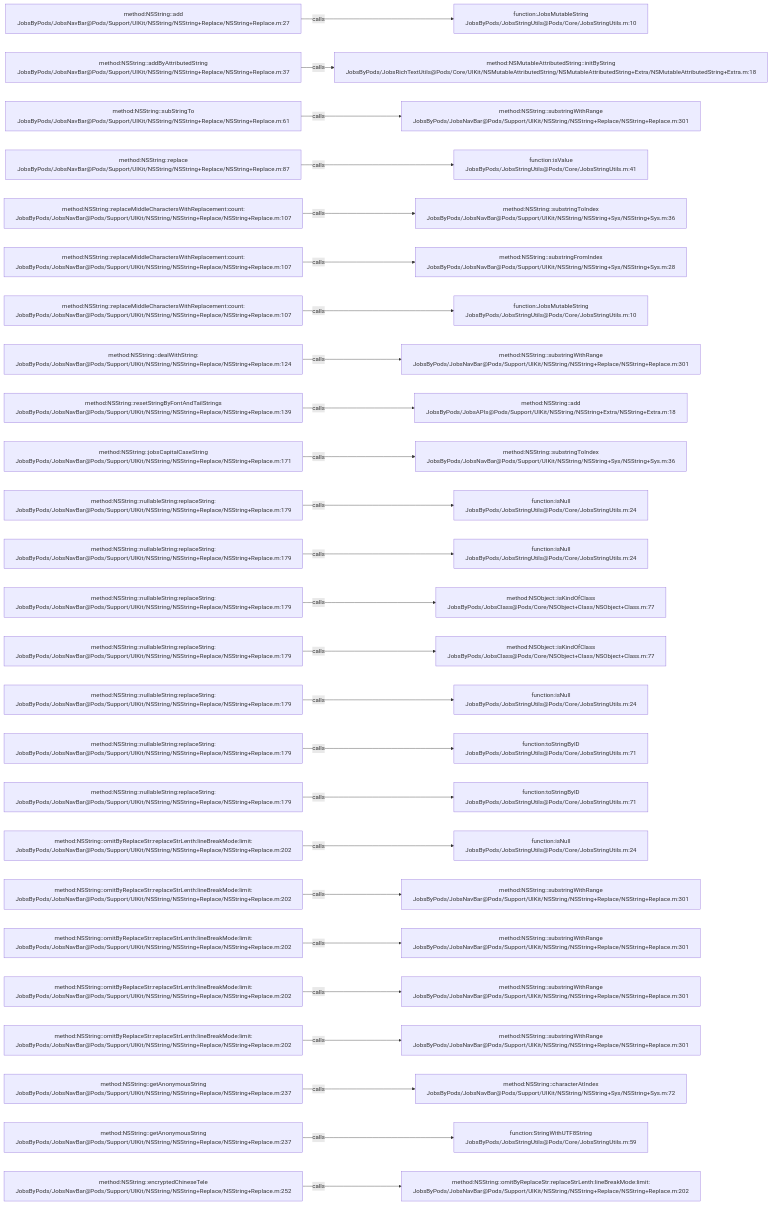
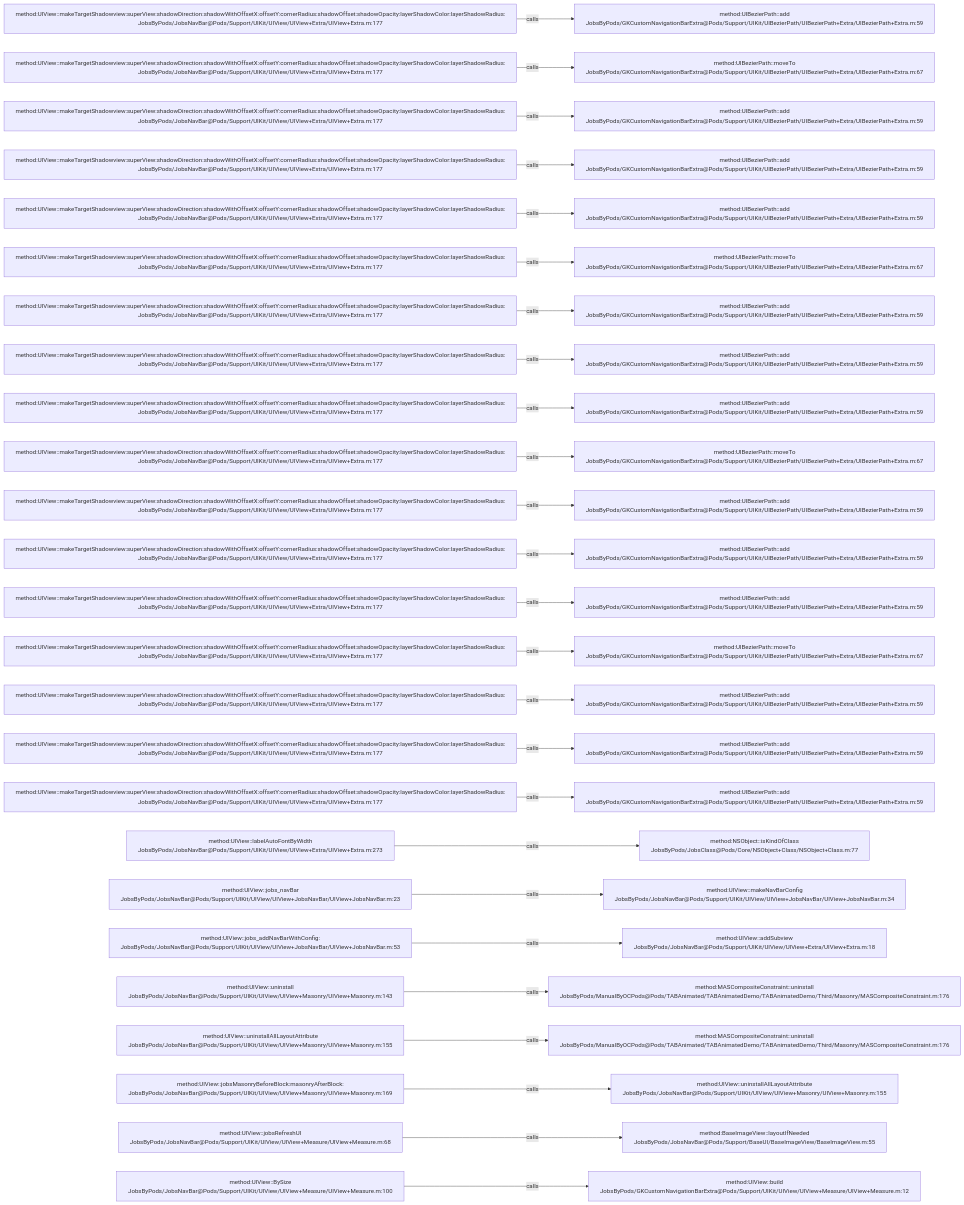
One commit to JobsKits/JobsOCBaseConfigDemo changed the diagram in .codegraph/codegraph.md/graphs/calls-120.md. Above: the diagram before and after it, drawn with Mermaid. The commit also changed 639 other files, not shown here.

````diff
--- a/.codegraph/codegraph.md/graphs/calls-120.md
+++ b/.codegraph/codegraph.md/graphs/calls-120.md
@@ -13,78 +13,78 @@
 ```mermaid
 flowchart LR
-  S1["method:NSString::add<br/>JobsByPods/JobsNavBar@Pods/Support/UIKit/NSString/NSString+Replace/NSString+Replace.m:27"]
-  T1["function:JobsMutableString<br/>JobsByPods/JobsStringUtils@Pods/Core/JobsStringUtils.m:10"]
+  S1["method:UIView::makeTargetShadowview:superView:shadowDirection:shadowWithOffsetX:offsetY:cornerRadius:shadowOffset:shadowOpacity:layerShadowColor:layerShadowRadius:<br/>JobsByPods/JobsNavBar@Pods/Support/UIKit/UIView/UIView+Extra/UIView+Extra.m:177"]
+  T1["method:UIBezierPath::add<br/>JobsByPods/GKCustomNavigationBarExtra@Pods/Support/UIKit/UIBezierPath/UIBezierPath+Extra/UIBezierPath+Extra.m:59"]
   S1 -->|calls| T1
-  S2["method:NSString::addByAttributedString<br/>JobsByPods/JobsNavBar@Pods/Support/UIKit/NSString/NSString+Replace/NSString+Replace.m:37"]
-  T2["method:NSMutableAttributedString::initByString<br/>JobsByPods/JobsRichTextUtils@Pods/Core/UIKit/NSMutableAttributedString/NSMutableAttributedString+Extra/NSMutableAttributedString+Extra.m:18"]
+  S2["method:UIView::makeTargetShadowview:superView:shadowDirection:shadowWithOffsetX:offsetY:cornerRadius:shadowOffset:shadowOpacity:layerShadowColor:layerShadowRadius:<br/>JobsByPods/JobsNavBar@Pods/Support/UIKit/UIView/UIView+Extra/UIView+Extra.m:177"]
+  T2["method:UIBezierPath::moveTo<br/>JobsByPods/GKCustomNavigationBarExtra@Pods/Support/UIKit/UIBezierPath/UIBezierPath+Extra/UIBezierPath+Extra.m:67"]
   S2 -->|calls| T2
-  S3["method:NSString::subStringTo<br/>JobsByPods/JobsNavBar@Pods/Support/UIKit/NSString/NSString+Replace/NSString+Replace.m:61"]
-  T3["method:NSString::substringWithRange<br/>JobsByPods/JobsNavBar@Pods/Support/UIKit/NSString/NSString+Replace/NSString+Replace.m:301"]
+  S3["method:UIView::makeTargetShadowview:superView:shadowDirection:shadowWithOffsetX:offsetY:cornerRadius:shadowOffset:shadowOpacity:layerShadowColor:layerShadowRadius:<br/>JobsByPods/JobsNavBar@Pods/Support/UIKit/UIView/UIView+Extra/UIView+Extra.m:177"]
+  T3["method:UIBezierPath::add<br/>JobsByPods/GKCustomNavigationBarExtra@Pods/Support/UIKit/UIBezierPath/UIBezierPath+Extra/UIBezierPath+Extra.m:59"]
   S3 -->|calls| T3
-  S4["method:NSString::replace<br/>JobsByPods/JobsNavBar@Pods/Support/UIKit/NSString/NSString+Replace/NSString+Replace.m:87"]
-  T4["function:isValue<br/>JobsByPods/JobsStringUtils@Pods/Core/JobsStringUtils.m:41"]
+  S4["method:UIView::makeTargetShadowview:superView:shadowDirection:shadowWithOffsetX:offsetY:cornerRadius:shadowOffset:shadowOpacity:layerShadowColor:layerShadowRadius:<br/>JobsByPods/JobsNavBar@Pods/Support/UIKit/UIView/UIView+Extra/UIView+Extra.m:177"]
+  T4["method:UIBezierPath::add<br/>JobsByPods/GKCustomNavigationBarExtra@Pods/Support/UIKit/UIBezierPath/UIBezierPath+Extra/UIBezierPath+Extra.m:59"]
   S4 -->|calls| T4
-  S5["method:NSString::replaceMiddleCharactersWithReplacement:count:<br/>JobsByPods/JobsNavBar@Pods/Support/UIKit/NSString/NSString+Replace/NSString+Replace.m:107"]
-  T5["method:NSString::substringToIndex<br/>JobsByPods/JobsNavBar@Pods/Support/UIKit/NSString/NSString+Sys/NSString+Sys.m:36"]
+  S5["method:UIView::makeTargetShadowview:superView:shadowDirection:shadowWithOffsetX:offsetY:cornerRadius:shadowOffset:shadowOpacity:layerShadowColor:layerShadowRadius:<br/>JobsByPods/JobsNavBar@Pods/Support/UIKit/UIView/UIView+Extra/UIView+Extra.m:177"]
+  T5["method:UIBezierPath::add<br/>JobsByPods/GKCustomNavigationBarExtra@Pods/Support/UIKit/UIBezierPath/UIBezierPath+Extra/UIBezierPath+Extra.m:59"]
   S5 -->|calls| T5
-  S6["method:NSString::replaceMiddleCharactersWithReplacement:count:<br/>JobsByPods/JobsNavBar@Pods/Support/UIKit/NSString/NSString+Replace/NSString+Replace.m:107"]
-  T6["method:NSString::substringFromIndex<br/>JobsByPods/JobsNavBar@Pods/Support/UIKit/NSString/NSString+Sys/NSString+Sys.m:28"]
+  S6["method:UIView::makeTargetShadowview:superView:shadowDirection:shadowWithOffsetX:offsetY:cornerRadius:shadowOffset:shadowOpacity:layerShadowColor:layerShadowRadius:<br/>JobsByPods/JobsNavBar@Pods/Support/UIKit/UIView/UIView+Extra/UIView+Extra.m:177"]
+  T6["method:UIBezierPath::moveTo<br/>JobsByPods/GKCustomNavigationBarExtra@Pods/Support/UIKit/UIBezierPath/UIBezierPath+Extra/UIBezierPath+Extra.m:67"]
   S6 -->|calls| T6
-  S7["method:NSString::replaceMiddleCharactersWithReplacement:count:<br/>JobsByPods/JobsNavBar@Pods/Support/UIKit/NSString/NSString+Replace/NSString+Replace.m:107"]
-  T7["function:JobsMutableString<br/>JobsByPods/JobsStringUtils@Pods/Core/JobsStringUtils.m:10"]
+  S7["method:UIView::makeTargetShadowview:superView:shadowDirection:shadowWithOffsetX:offsetY:cornerRadius:shadowOffset:shadowOpacity:layerShadowColor:layerShadowRadius:<br/>JobsByPods/JobsNavBar@Pods/Support/UIKit/UIView/UIView+Extra/UIView+Extra.m:177"]
+  T7["method:UIBezierPath::add<br/>JobsByPods/GKCustomNavigationBarExtra@Pods/Support/UIKit/UIBezierPath/UIBezierPath+Extra/UIBezierPath+Extra.m:59"]
   S7 -->|calls| T7
-  S8["method:NSString::dealWithString:<br/>JobsByPods/JobsNavBar@Pods/Support/UIKit/NSString/NSString+Replace/NSString+Replace.m:124"]
-  T8["method:NSString::substringWithRange<br/>JobsByPods/JobsNavBar@Pods/Support/UIKit/NSString/NSString+Replace/NSString+Replace.m:301"]
+  S8["method:UIView::makeTargetShadowview:superView:shadowDirection:shadowWithOffsetX:offsetY:cornerRadius:shadowOffset:shadowOpacity:layerShadowColor:layerShadowRadius:<br/>JobsByPods/JobsNavBar@Pods/Support/UIKit/UIView/UIView+Extra/UIView+Extra.m:177"]
+  T8["method:UIBezierPath::add<br/>JobsByPods/GKCustomNavigationBarExtra@Pods/Support/UIKit/UIBezierPath/UIBezierPath+Extra/UIBezierPath+Extra.m:59"]
   S8 -->|calls| T8
-  S9["method:NSString::resetStringByFontAndTailStrings<br/>JobsByPods/JobsNavBar@Pods/Support/UIKit/NSString/NSString+Replace/NSString+Replace.m:139"]
-  T9["method:NSString::add<br/>JobsByPods/JobsAPIs@Pods/Support/UIKit/NSString/NSString+Extra/NSString+Extra.m:18"]
+  S9["method:UIView::makeTargetShadowview:superView:shadowDirection:shadowWithOffsetX:offsetY:cornerRadius:shadowOffset:shadowOpacity:layerShadowColor:layerShadowRadius:<br/>JobsByPods/JobsNavBar@Pods/Support/UIKit/UIView/UIView+Extra/UIView+Extra.m:177"]
+  T9["method:UIBezierPath::add<br/>JobsByPods/GKCustomNavigationBarExtra@Pods/Support/UIKit/UIBezierPath/UIBezierPath+Extra/UIBezierPath+Extra.m:59"]
   S9 -->|calls| T9
-  S10["method:NSString::jobsCapitalCaseString<br/>JobsByPods/JobsNavBar@Pods/Support/UIKit/NSString/NSString+Replace/NSString+Replace.m:171"]
-  T10["method:NSString::substringToIndex<br/>JobsByPods/JobsNavBar@Pods/Support/UIKit/NSString/NSString+Sys/NSString+Sys.m:36"]
+  S10["method:UIView::makeTargetShadowview:superView:shadowDirection:shadowWithOffsetX:offsetY:cornerRadius:shadowOffset:shadowOpacity:layerShadowColor:layerShadowRadius:<br/>JobsByPods/JobsNavBar@Pods/Support/UIKit/UIView/UIView+Extra/UIView+Extra.m:177"]
+  T10["method:UIBezierPath::moveTo<br/>JobsByPods/GKCustomNavigationBarExtra@Pods/Support/UIKit/UIBezierPath/UIBezierPath+Extra/UIBezierPath+Extra.m:67"]
   S10 -->|calls| T10
-  S11["method:NSString::nullableString:replaceString:<br/>JobsByPods/JobsNavBar@Pods/Support/UIKit/NSString/NSString+Replace/NSString+Replace.m:179"]
-  T11["function:isNull<br/>JobsByPods/JobsStringUtils@Pods/Core/JobsStringUtils.m:24"]
+  S11["method:UIView::makeTargetShadowview:superView:shadowDirection:shadowWithOffsetX:offsetY:cornerRadius:shadowOffset:shadowOpacity:layerShadowColor:layerShadowRadius:<br/>JobsByPods/JobsNavBar@Pods/Support/UIKit/UIView/UIView+Extra/UIView+Extra.m:177"]
+  T11["method:UIBezierPath::add<br/>JobsByPods/GKCustomNavigationBarExtra@Pods/Support/UIKit/UIBezierPath/UIBezierPath+Extra/UIBezierPath+Extra.m:59"]
   S11 -->|calls| T11
-  S12["method:NSString::nullableString:replaceString:<br/>JobsByPods/JobsNavBar@Pods/Support/UIKit/NSString/NSString+Replace/NSString+Replace.m:179"]
-  T12["function:isNull<br/>JobsByPods/JobsStringUtils@Pods/Core/JobsStringUtils.m:24"]
+  S12["method:UIView::makeTargetShadowview:superView:shadowDirection:shadowWithOffsetX:offsetY:cornerRadius:shadowOffset:shadowOpacity:layerShadowColor:layerShadowRadius:<br/>JobsByPods/JobsNavBar@Pods/Support/UIKit/UIView/UIView+Extra/UIView+Extra.m:177"]
+  T12["method:UIBezierPath::add<br/>JobsByPods/GKCustomNavigationBarExtra@Pods/Support/UIKit/UIBezierPath/UIBezierPath+Extra/UIBezierPath+Extra.m:59"]
   S12 -->|calls| T12
-  S13["method:NSString::nullableString:replaceString:<br/>JobsByPods/JobsNavBar@Pods/Support/UIKit/NSString/NSString+Replace/NSString+Replace.m:179"]
-  T13["method:NSObject::isKindOfClass<br/>JobsByPods/JobsClass@Pods/Core/NSObject+Class/NSObject+Class.m:77"]
+  S13["method:UIView::makeTargetShadowview:superView:shadowDirection:shadowWithOffsetX:offsetY:cornerRadius:shadowOffset:shadowOpacity:layerShadowColor:layerShadowRadius:<br/>JobsByPods/JobsNavBar@Pods/Support/UIKit/UIView/UIView+Extra/UIView+Extra.m:177"]
+  T13["method:UIBezierPath::add<br/>JobsByPods/GKCustomNavigationBarExtra@Pods/Support/UIKit/UIBezierPath/UIBezierPath+Extra/UIBezierPath+Extra.m:59"]
   S13 -->|calls| T13
-  S14["method:NSString::nullableString:replaceString:<br/>JobsByPods/JobsNavBar@Pods/Support/UIKit/NSString/NSString+Replace/NSString+Replace.m:179"]
-  T14["method:NSObject::isKindOfClass<br/>JobsByPods/JobsClass@Pods/Core/NSObject+Class/NSObject+Class.m:77"]
+  S14["method:UIView::makeTargetShadowview:superView:shadowDirection:shadowWithOffsetX:offsetY:cornerRadius:shadowOffset:shadowOpacity:layerShadowColor:layerShadowRadius:<br/>JobsByPods/JobsNavBar@Pods/Support/UIKit/UIView/UIView+Extra/UIView+Extra.m:177"]
+  T14["method:UIBezierPath::moveTo<br/>JobsByPods/GKCustomNavigationBarExtra@Pods/Support/UIKit/UIBezierPath/UIBezierPath+Extra/UIBezierPath+Extra.m:67"]
   S14 -->|calls| T14
-  S15["method:NSString::nullableString:replaceString:<br/>JobsByPods/JobsNavBar@Pods/Support/UIKit/NSString/NSString+Replace/NSString+Replace.m:179"]
-  T15["function:isNull<br/>JobsByPods/JobsStringUtils@Pods/Core/JobsStringUtils.m:24"]
+  S15["method:UIView::makeTargetShadowview:superView:shadowDirection:shadowWithOffsetX:offsetY:cornerRadius:shadowOffset:shadowOpacity:layerShadowColor:layerShadowRadius:<br/>JobsByPods/JobsNavBar@Pods/Support/UIKit/UIView/UIView+Extra/UIView+Extra.m:177"]
+  T15["method:UIBezierPath::add<br/>JobsByPods/GKCustomNavigationBarExtra@Pods/Support/UIKit/UIBezierPath/UIBezierPath+Extra/UIBezierPath+Extra.m:59"]
   S15 -->|calls| T15
-  S16["method:NSString::nullableString:replaceString:<br/>JobsByPods/JobsNavBar@Pods/Support/UIKit/NSString/NSString+Replace/NSString+Replace.m:179"]
-  T16["function:toStringByID<br/>JobsByPods/JobsStringUtils@Pods/Core/JobsStringUtils.m:71"]
+  S16["method:UIView::makeTargetShadowview:superView:shadowDirection:shadowWithOffsetX:offsetY:cornerRadius:shadowOffset:shadowOpacity:layerShadowColor:layerShadowRadius:<br/>JobsByPods/JobsNavBar@Pods/Support/UIKit/UIView/UIView+Extra/UIView+Extra.m:177"]
+  T16["method:UIBezierPath::add<br/>JobsByPods/GKCustomNavigationBarExtra@Pods/Support/UIKit/UIBezierPath/UIBezierPath+Extra/UIBezierPath+Extra.m:59"]
   S16 -->|calls| T16
-  S17["method:NSString::nullableString:replaceString:<br/>JobsByPods/JobsNavBar@Pods/Support/UIKit/NSString/NSString+Replace/NSString+Replace.m:179"]
-  T17["function:toStringByID<br/>JobsByPods/JobsStringUtils@Pods/Core/JobsStringUtils.m:71"]
+  S17["method:UIView::makeTargetShadowview:superView:shadowDirection:shadowWithOffsetX:offsetY:cornerRadius:shadowOffset:shadowOpacity:layerShadowColor:layerShadowRadius:<br/>JobsByPods/JobsNavBar@Pods/Support/UIKit/UIView/UIView+Extra/UIView+Extra.m:177"]
+  T17["method:UIBezierPath::add<br/>JobsByPods/GKCustomNavigationBarExtra@Pods/Support/UIKit/UIBezierPath/UIBezierPath+Extra/UIBezierPath+Extra.m:59"]
   S17 -->|calls| T17
-  S18["method:NSString::omitByReplaceStr:replaceStrLenth:lineBreakMode:limit:<br/>JobsByPods/JobsNavBar@Pods/Support/UIKit/NSString/NSString+Replace/NSString+Replace.m:202"]
-  T18["function:isNull<br/>JobsByPods/JobsStringUtils@Pods/Core/JobsStringUtils.m:24"]
+  S18["method:UIView::labelAutoFontByWidth<br/>JobsByPods/JobsNavBar@Pods/Support/UIKit/UIView/UIView+Extra/UIView+Extra.m:273"]
+  T18["method:NSObject::isKindOfClass<br/>JobsByPods/JobsClass@Pods/Core/NSObject+Class/NSObject+Class.m:77"]
   S18 -->|calls| T18
-  S19["method:NSString::omitByReplaceStr:replaceStrLenth:lineBreakMode:limit:<br/>JobsByPods/JobsNavBar@Pods/Support/UIKit/NSString/NSString+Replace/NSString+Replace.m:202"]
-  T19["method:NSString::substringWithRange<br/>JobsByPods/JobsNavBar@Pods/Support/UIKit/NSString/NSString+Replace/NSString+Replace.m:301"]
+  S19["method:UIView::jobs_navBar<br/>JobsByPods/JobsNavBar@Pods/Support/UIKit/UIView/UIView+JobsNavBar/UIView+JobsNavBar.m:23"]
+  T19["method:UIView::makeNavBarConfig<br/>JobsByPods/JobsNavBar@Pods/Support/UIKit/UIView/UIView+JobsNavBar/UIView+JobsNavBar.m:34"]
   S19 -->|calls| T19
-  S20["method:NSString::omitByReplaceStr:replaceStrLenth:lineBreakMode:limit:<br/>JobsByPods/JobsNavBar@Pods/Support/UIKit/NSString/NSString+Replace/NSString+Replace.m:202"]
-  T20["method:NSString::substringWithRange<br/>JobsByPods/JobsNavBar@Pods/Support/UIKit/NSString/NSString+Replace/NSString+Replace.m:301"]
+  S20["method:UIView::jobs_addNavBarWithConfig:<br/>JobsByPods/JobsNavBar@Pods/Support/UIKit/UIView/UIView+JobsNavBar/UIView+JobsNavBar.m:53"]
+  T20["method:UIView::addSubview<br/>JobsByPods/JobsNavBar@Pods/Support/UIKit/UIView/UIView+Extra/UIView+Extra.m:18"]
   S20 -->|calls| T20
-  S21["method:NSString::omitByReplaceStr:replaceStrLenth:lineBreakMode:limit:<br/>JobsByPods/JobsNavBar@Pods/Support/UIKit/NSString/NSString+Replace/NSString+Replace.m:202"]
-  T21["method:NSString::substringWithRange<br/>JobsByPods/JobsNavBar@Pods/Support/UIKit/NSString/NSString+Replace/NSString+Replace.m:301"]
+  S21["method:UIView::uninstall<br/>JobsByPods/JobsNavBar@Pods/Support/UIKit/UIView/UIView+Masonry/UIView+Masonry.m:143"]
+  T21["method:MASCompositeConstraint::uninstall<br/>JobsByPods/ManualByOCPods@Pods/TABAnimated/TABAnimatedDemo/TABAnimatedDemo/Third/Masonry/MASCompositeConstraint.m:176"]
   S21 -->|calls| T21
-  S22["method:NSString::omitByReplaceStr:replaceStrLenth:lineBreakMode:limit:<br/>JobsByPods/JobsNavBar@Pods/Support/UIKit/NSString/NSString+Replace/NSString+Replace.m:202"]
-  T22["method:NSString::substringWithRange<br/>JobsByPods/JobsNavBar@Pods/Support/UIKit/NSString/NSString+Replace/NSString+Replace.m:301"]
+  S22["method:UIView::uninstallAllLayoutAttribute<br/>JobsByPods/JobsNavBar@Pods/Support/UIKit/UIView/UIView+Masonry/UIView+Masonry.m:155"]
+  T22["method:MASCompositeConstraint::uninstall<br/>JobsByPods/ManualByOCPods@Pods/TABAnimated/TABAnimatedDemo/TABAnimatedDemo/Third/Masonry/MASCompositeConstraint.m:176"]
   S22 -->|calls| T22
-  S23["method:NSString::getAnonymousString<br/>JobsByPods/JobsNavBar@Pods/Support/UIKit/NSString/NSString+Replace/NSString+Replace.m:237"]
-  T23["method:NSString::characterAtIndex<br/>JobsByPods/JobsNavBar@Pods/Support/UIKit/NSString/NSString+Sys/NSString+Sys.m:72"]
+  S23["method:UIView::jobsMasonryBeforeBlock:masonryAfterBlock:<br/>JobsByPods/JobsNavBar@Pods/Support/UIKit/UIView/UIView+Masonry/UIView+Masonry.m:169"]
+  T23["method:UIView::uninstallAllLayoutAttribute<br/>JobsByPods/JobsNavBar@Pods/Support/UIKit/UIView/UIView+Masonry/UIView+Masonry.m:155"]
   S23 -->|calls| T23
-  S24["method:NSString::getAnonymousString<br/>JobsByPods/JobsNavBar@Pods/Support/UIKit/NSString/NSString+Replace/NSString+Replace.m:237"]
-  T24["function:StringWithUTF8String<br/>JobsByPods/JobsStringUtils@Pods/Core/JobsStringUtils.m:59"]
+  S24["method:UIView::jobsRefreshUI<br/>JobsByPods/JobsNavBar@Pods/Support/UIKit/UIView/UIView+Measure/UIView+Measure.m:68"]
+  T24["method:BaseImageView::layoutIfNeeded<br/>JobsByPods/JobsNavBar@Pods/Support/BaseUI/BaseImageView/BaseImageView.m:55"]
   S24 -->|calls| T24
-  S25["method:NSString::encryptedChineseTele<br/>JobsByPods/JobsNavBar@Pods/Support/UIKit/NSString/NSString+Replace/NSString+Replace.m:252"]
-  T25["method:NSString::omitByReplaceStr:replaceStrLenth:lineBreakMode:limit:<br/>JobsByPods/JobsNavBar@Pods/Support/UIKit/NSString/NSString+Replace/NSString+Replace.m:202"]
+  S25["method:UIView::BySize<br/>JobsByPods/JobsNavBar@Pods/Support/UIKit/UIView/UIView+Measure/UIView+Measure.m:100"]
+  T25["method:UIView::build<br/>JobsByPods/GKCustomNavigationBarExtra@Pods/Support/UIKit/UIView/UIView+Measure/UIView+Measure.m:12"]
   S25 -->|calls| T25
 ```
````
